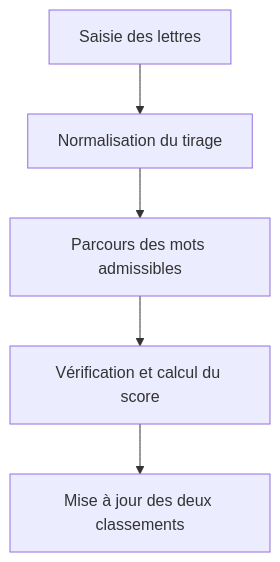
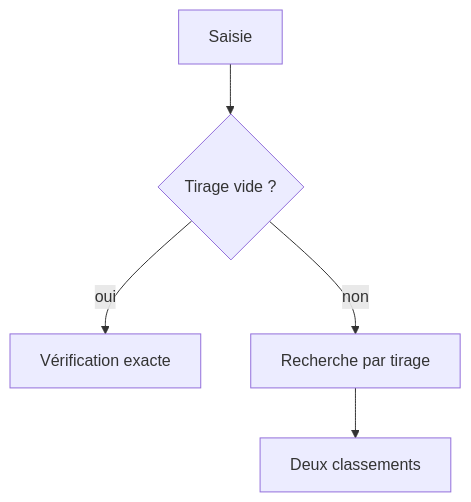
The diagram in ALGORITHME.md (jourquin/LettresEtScores-Python), drawn with Mermaid before and after one commit. The commit also changed other lines of this file and 12 other files, not shown here.

````diff
--- a/ALGORITHME.md
+++ b/ALGORITHME.md
@@ -15,7 +17,7 @@
 ```mermaid
 flowchart TD
-    A["Saisie des lettres"] --> B["Normalisation du tirage"]
-    B --> C["Parcours des mots admissibles"]
-    C --> D["Vérification et calcul du score"]
-    D --> E["Mise à jour des deux classements"]
+    A["Saisie"] --> B{"Tirage vide ?"}
+    B -->|oui| C["Vérification exacte"]
+    B -->|non| D["Recherche par tirage"]
+    D --> E["Deux classements"]
 ```
````
